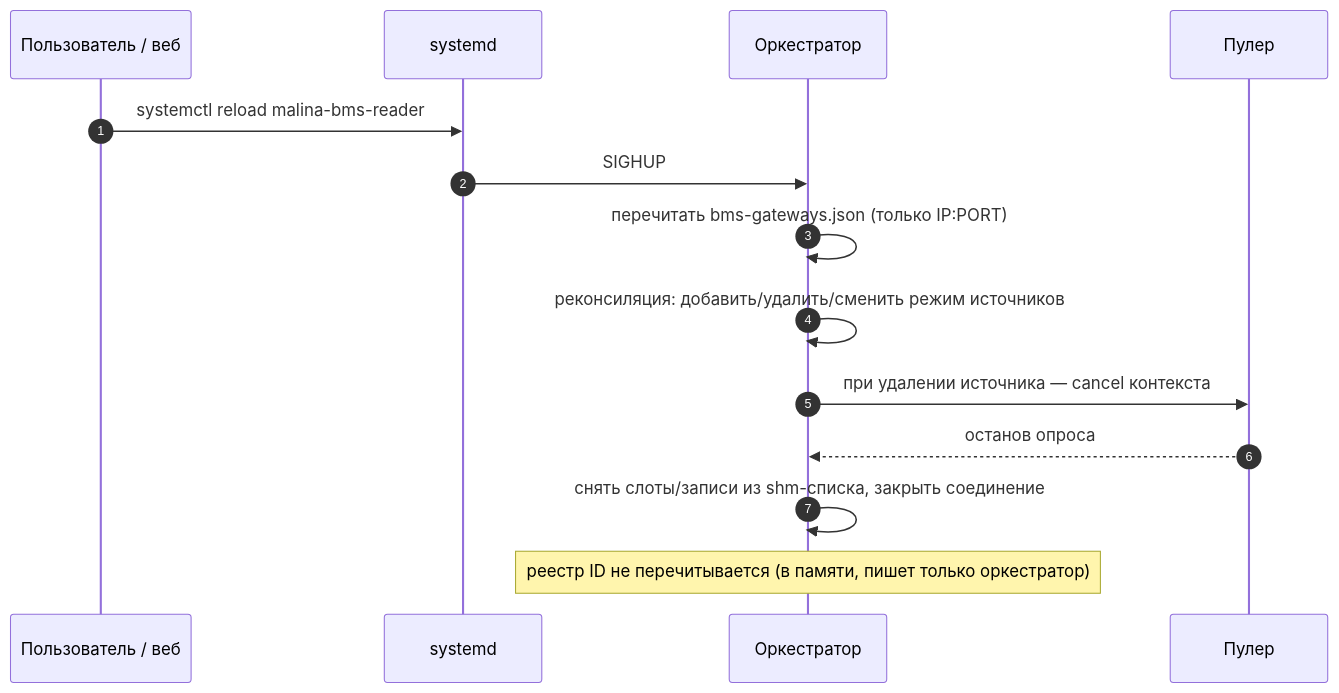
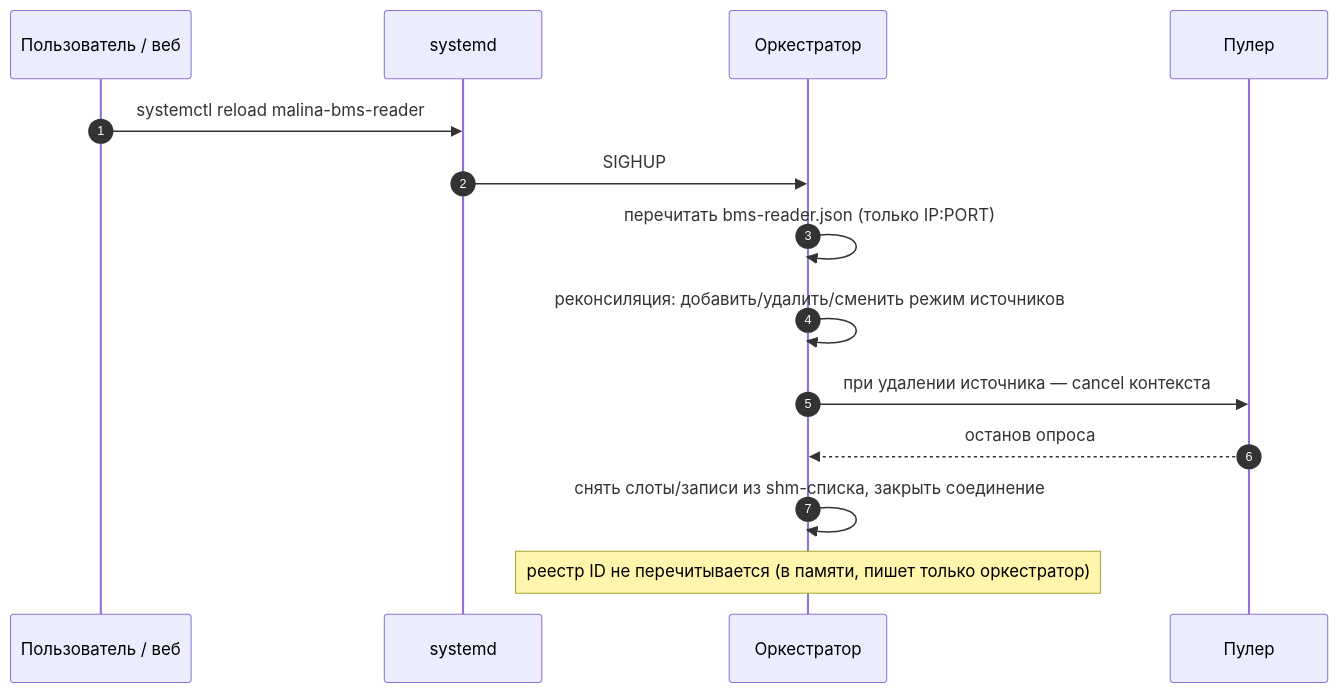
One commit to galiy/malina-26 changed the seventh of 11 diagrams in docs/bms-reader-arch.md. Above: the diagram before and after it, drawn with Mermaid. The commit also changed other lines of this file and 19 other files, not shown here.

````diff
--- a/docs/bms-reader-arch.md
+++ b/docs/bms-reader-arch.md
@@ -329,17 +329,17 @@
 ```mermaid
 sequenceDiagram
   autonumber
   participant U as Пользователь / веб
   participant SD as systemd
   participant O as Оркестратор
   participant PL as Пулер
 
   U->>SD: systemctl reload malina-bms-reader
   SD->>O: SIGHUP
-  O->>O: перечитать bms-gateways.json (только IP:PORT)
+  O->>O: перечитать bms-reader.json (только IP:PORT)
   O->>O: реконсиляция: добавить/удалить/сменить режим источников
   O->>PL: при удалении источника — cancel контекста
   PL-->>O: останов опроса
   O->>O: снять слоты/записи из shm-списка, закрыть соединение
   Note over O: реестр ID не перечитывается (в памяти, пишет только оркестратор)
 ```
````
